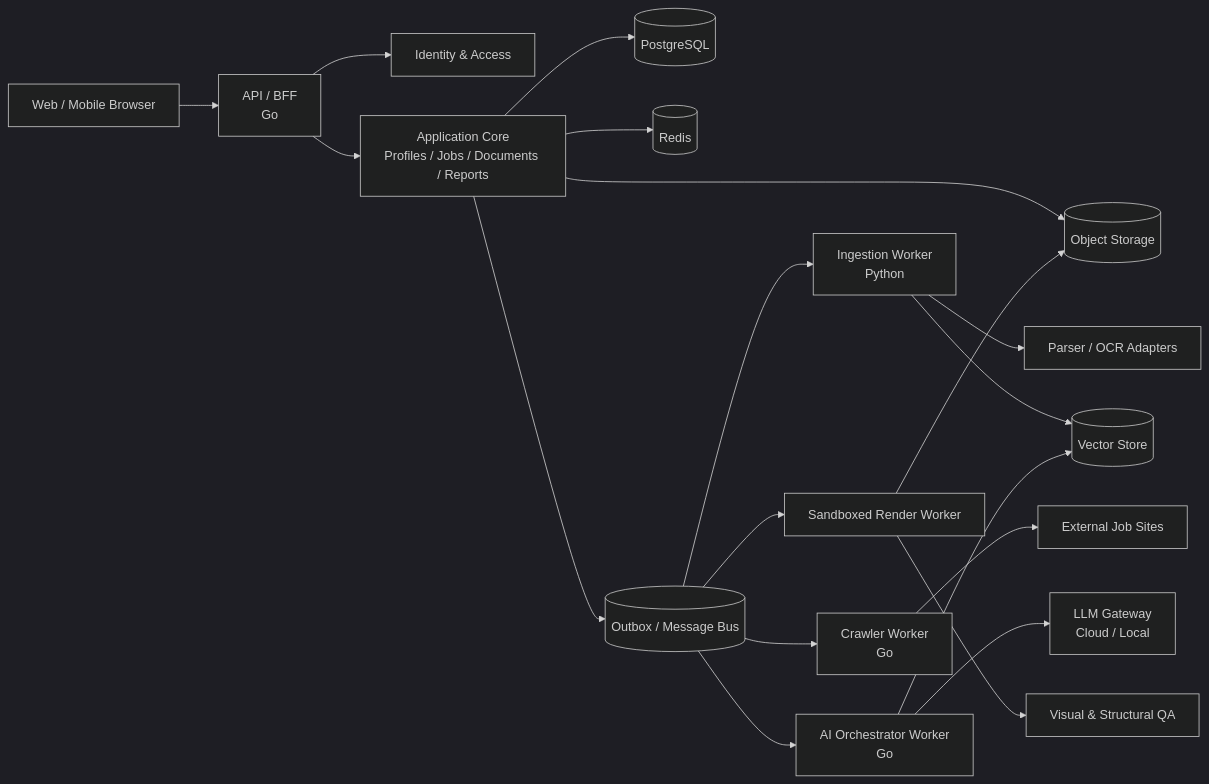
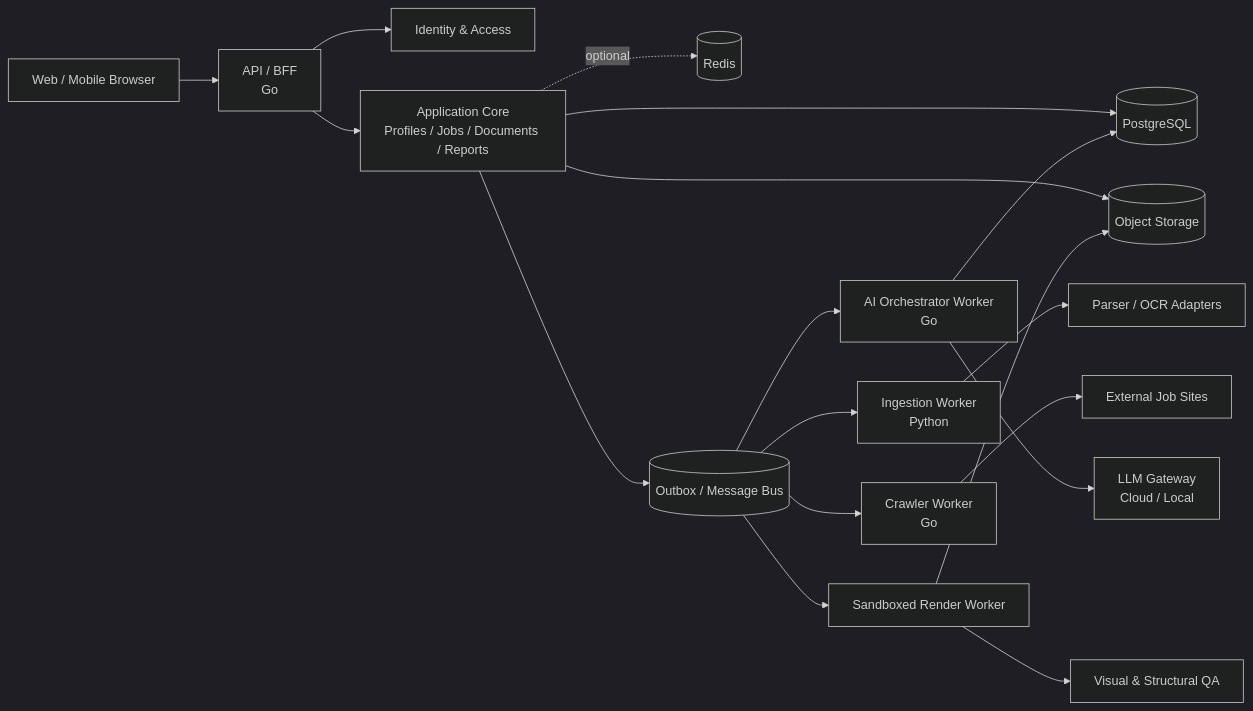
The first of 2 diagrams in docs/architecture-design.md (lrx0014/ResumeGPT), drawn with Mermaid (dark theme) before and after one commit. The commit also changed other lines of this file and 58 other files, not shown here.

````diff
--- a/docs/architecture-design.md
+++ b/docs/architecture-design.md
@@ -61,23 +61,22 @@
 ```mermaid
 flowchart LR
     U[Web / Mobile Browser] --> G[API / BFF<br/>Go]
     G --> AUTH[Identity & Access]
     G --> APP[Application Core<br/>Profiles / Jobs / Documents / Reports]
     APP --> PG[(PostgreSQL)]
     APP --> OBJ[(Object Storage)]
-    APP --> CACHE[(Redis)]
+    APP -. optional .-> CACHE[(Redis)]
     APP --> OUTBOX[(Outbox / Message Bus)]
 
     OUTBOX --> INGEST[Ingestion Worker<br/>Python]
     OUTBOX --> CRAWL[Crawler Worker<br/>Go]
     OUTBOX --> AI[AI Orchestrator Worker<br/>Go]
     OUTBOX --> RENDER[Sandboxed Render Worker]
 
     INGEST --> OCR[Parser / OCR Adapters]
-    INGEST --> VECTOR[(Vector Store)]
     CRAWL --> WEB[External Job Sites]
     AI --> LLM[LLM Gateway<br/>Cloud / Local]
-    AI --> VECTOR
+    AI --> PG
     RENDER --> OBJ
     RENDER --> QA[Visual & Structural QA]
 ```
````
